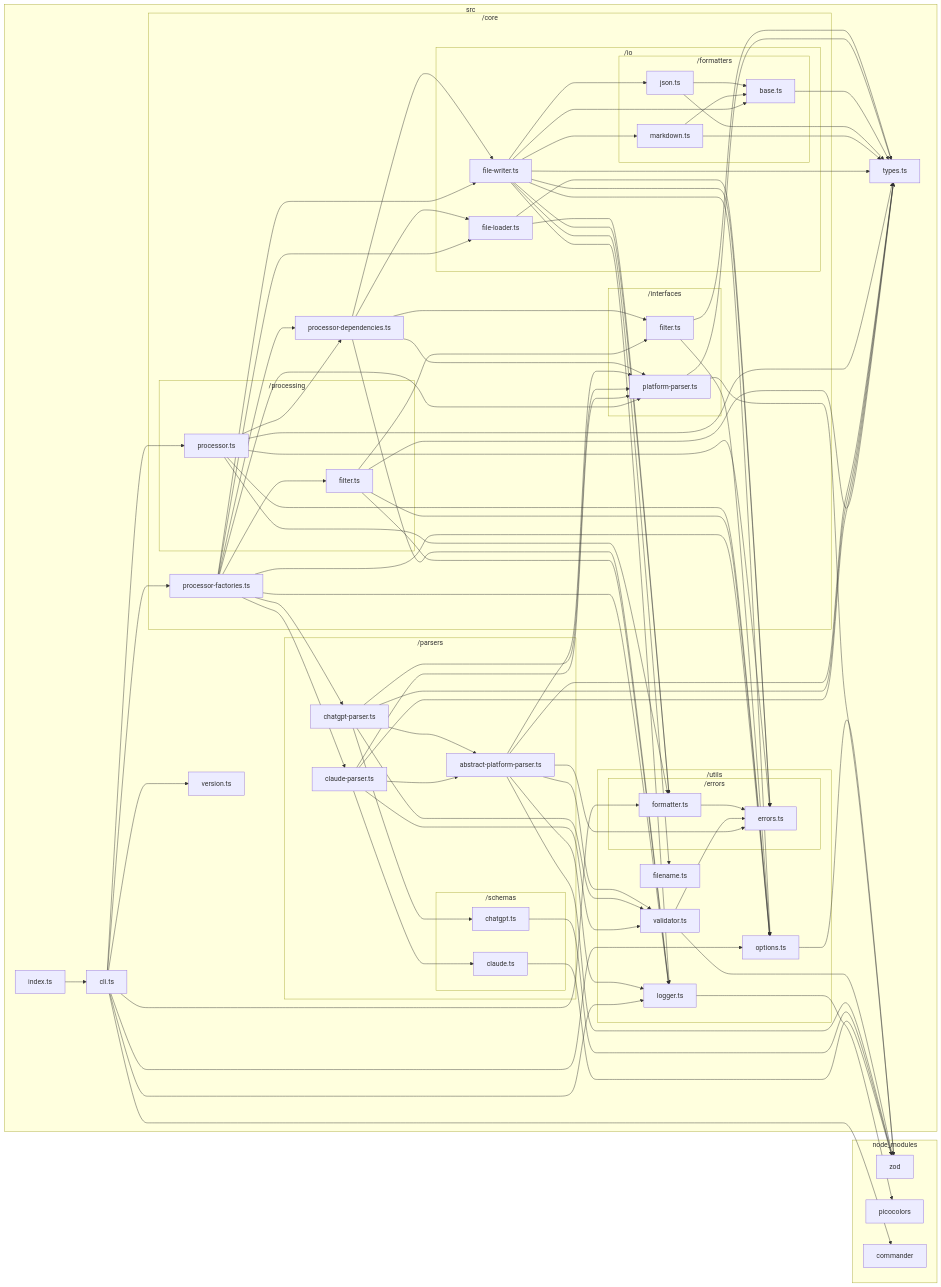
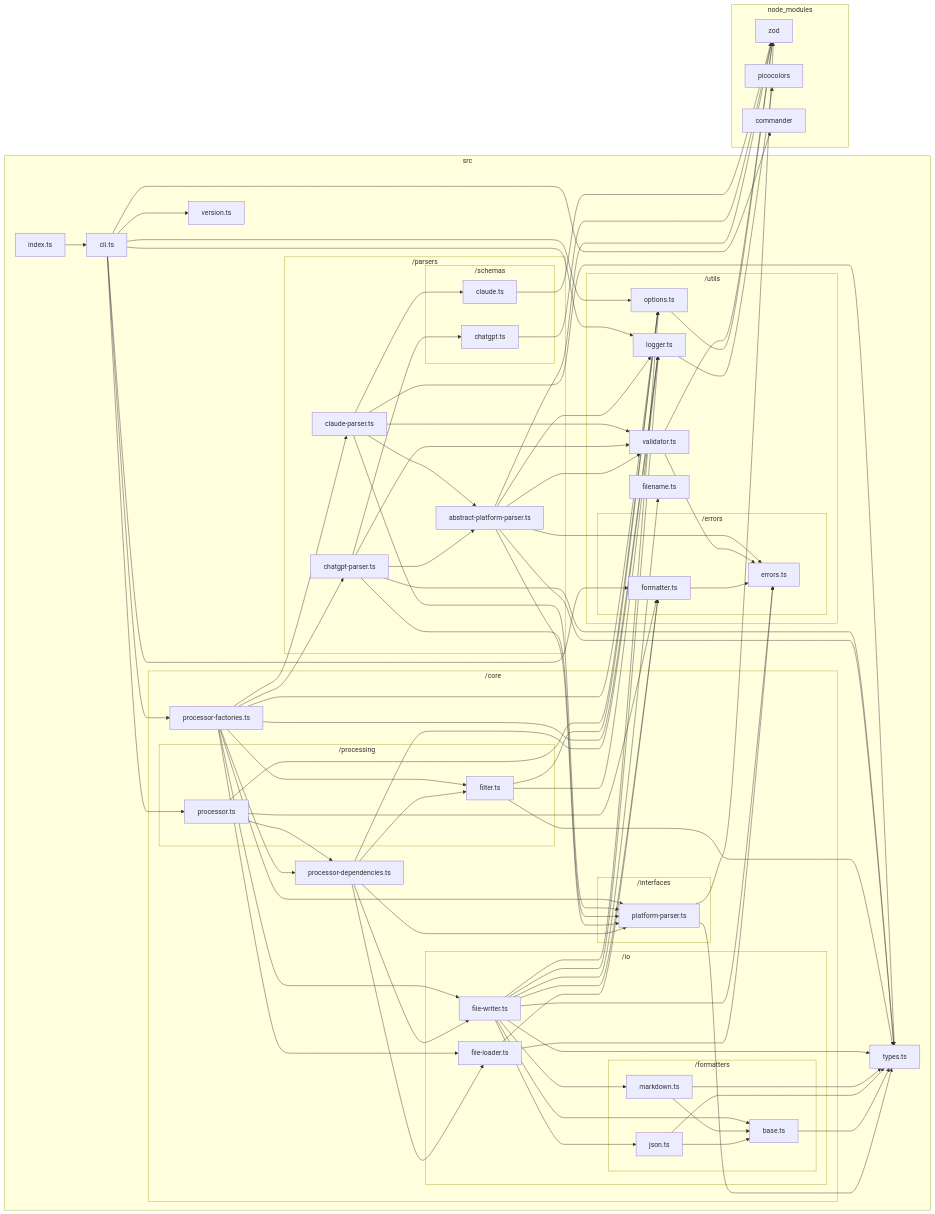
Before and after one commit to sugurutakahashi-1234/ai-chat-md-export: the diagram in docs/dependency-graphs/typescript-graph.md, drawn with Mermaid. The commit also changed 5 other files, not shown here.

```diff
--- a/docs/dependency-graphs/typescript-graph.md
+++ b/docs/dependency-graphs/typescript-graph.md
@@ -25,7 +25,6 @@
             src/core/processor//depend_encies.ts["processor-dependencies.ts"]
             src/core/processor//factories.ts["processor-factories.ts"]
             subgraph src/core/interfaces["/interfaces"]
-                src/core/interfaces/filter.ts["filter.ts"]
                 src/core/interfaces/platform//parser.ts["platform-parser.ts"]
             end
             subgraph src/core/io["/io"]
@@ -38,8 +37,8 @@
                 end
             end
             subgraph src/core/processing["/processing"]
+                src/core/processing/filter.ts["filter.ts"]
                 src/core/processing/processor.ts["processor.ts"]
-                src/core/processing/filter.ts["filter.ts"]
             end
         end
         subgraph src/parsers["/parsers"]
@@ -60,8 +59,6 @@
     src/utils/errors/formatter.ts-->src/utils/errors/errors.ts
     src/utils/options.ts-->node//modules/zod/index.d.cts
     src/utils/logger.ts-->node//modules/picocolors/picocolors.d.ts
-    src/core/interfaces/filter.ts-->src/types.ts
-    src/core/interfaces/filter.ts-->src/utils/options.ts
     src/core/interfaces/platform//parser.ts-->node//modules/zod/index.d.cts
     src/core/interfaces/platform//parser.ts-->src/types.ts
     src/core/io/file//loader.ts-->src/utils/errors/errors.ts
@@ -80,13 +77,14 @@
     src/core/io/file//writer.ts-->src/core/io/formatters/base.ts
     src/core/io/file//writer.ts-->src/core/io/formatters/json.ts
     src/core/io/file//writer.ts-->src/core/io/formatters/markdown.ts
+    src/core/processing/filter.ts-->src/types.ts
+    src/core/processing/filter.ts-->src/utils/logger.ts
+    src/core/processing/filter.ts-->src/utils/options.ts
     src/core/processor//depend_encies.ts-->src/utils/logger.ts
-    src/core/processor//depend_encies.ts-->src/core/interfaces/filter.ts
     src/core/processor//depend_encies.ts-->src/core/interfaces/platform//parser.ts
     src/core/processor//depend_encies.ts-->src/core/io/file//loader.ts
     src/core/processor//depend_encies.ts-->src/core/io/file//writer.ts
-    src/core/processing/processor.ts-->src/types.ts
-    src/core/processing/processor.ts-->src/utils/errors/errors.ts
+    src/core/processor//depend_encies.ts-->src/core/processing/filter.ts
     src/core/processing/processor.ts-->src/utils/errors/formatter.ts
     src/core/processing/processor.ts-->src/utils/options.ts
     src/core/processing/processor.ts-->src/core/processor//depend_encies.ts
@@ -110,10 +108,6 @@
     src/parsers/claude//parser.ts-->src/utils/validator.ts
     src/parsers/claude//parser.ts-->src/parsers/abstract//platform//parser.ts
     src/parsers/claude//parser.ts-->src/parsers/schemas/claude.ts
-    src/core/processing/filter.ts-->src/types.ts
-    src/core/processing/filter.ts-->src/utils/logger.ts
-    src/core/processing/filter.ts-->src/utils/options.ts
-    src/core/processing/filter.ts-->src/core/interfaces/filter.ts
     src/core/processor//factories.ts-->src/parsers/chatgpt//parser.ts
     src/core/processor//factories.ts-->src/parsers/claude//parser.ts
     src/core/processor//factories.ts-->src/utils/logger.ts
```
